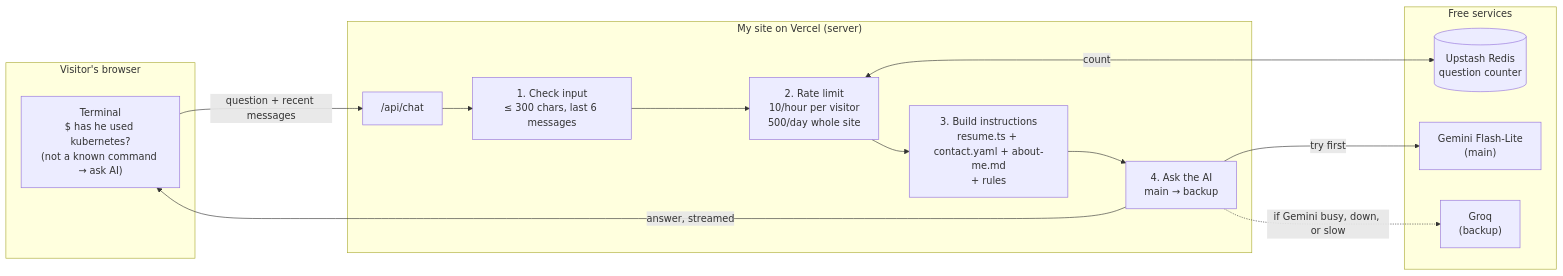
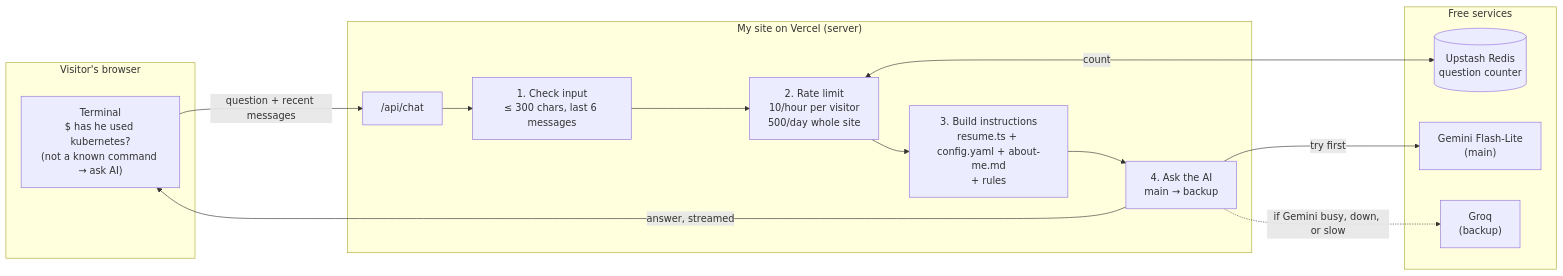
Before and after one commit to Sanjay617/my-own-website: the fourth of 4 diagrams in PLAN.md, drawn with Mermaid. The commit also changed other lines of this file, not shown here.

Commit message:
Plan a single config.yaml for all site and chatbot settings

````diff
--- a/PLAN.md
+++ b/PLAN.md
@@ -113,27 +152,27 @@
 ```mermaid
 flowchart LR
     subgraph Browser["Visitor's browser"]
         T["Terminal<br/>$ has he used kubernetes?<br/>(not a known command → ask AI)"]
     end
 
     subgraph Vercel["My site on Vercel (server)"]
         A["/api/chat"]
         V["1. Check input<br/>≤ 300 chars, last 6 messages"]
         R["2. Rate limit<br/>10/hour per visitor<br/>500/day whole site"]
-        P["3. Build instructions<br/>resume.ts + contact.yaml + about-me.md<br/>+ rules"]
+        P["3. Build instructions<br/>resume.ts + config.yaml + about-me.md<br/>+ rules"]
         AI["4. Ask the AI<br/>main → backup"]
     end
 
     subgraph Free["Free services"]
         U[("Upstash Redis<br/>question counter")]
         G["Gemini Flash-Lite<br/>(main)"]
         Q["Groq<br/>(backup)"]
     end
 
     T -->|question + recent messages| A
     A --> V --> R --> P --> AI
     R <-->|count| U
     AI -->|try first| G
     AI -.->|if Gemini busy, down, or slow| Q
     AI -->|answer, streamed| T
 ```
````
